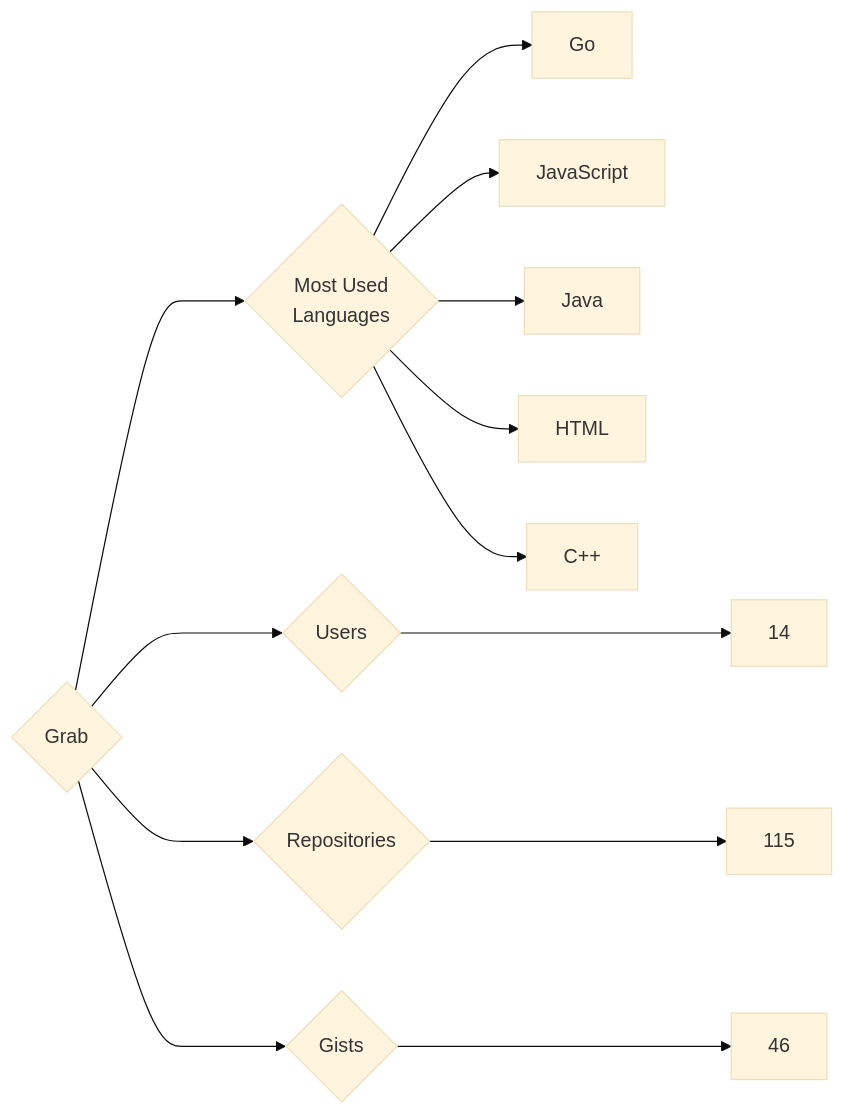
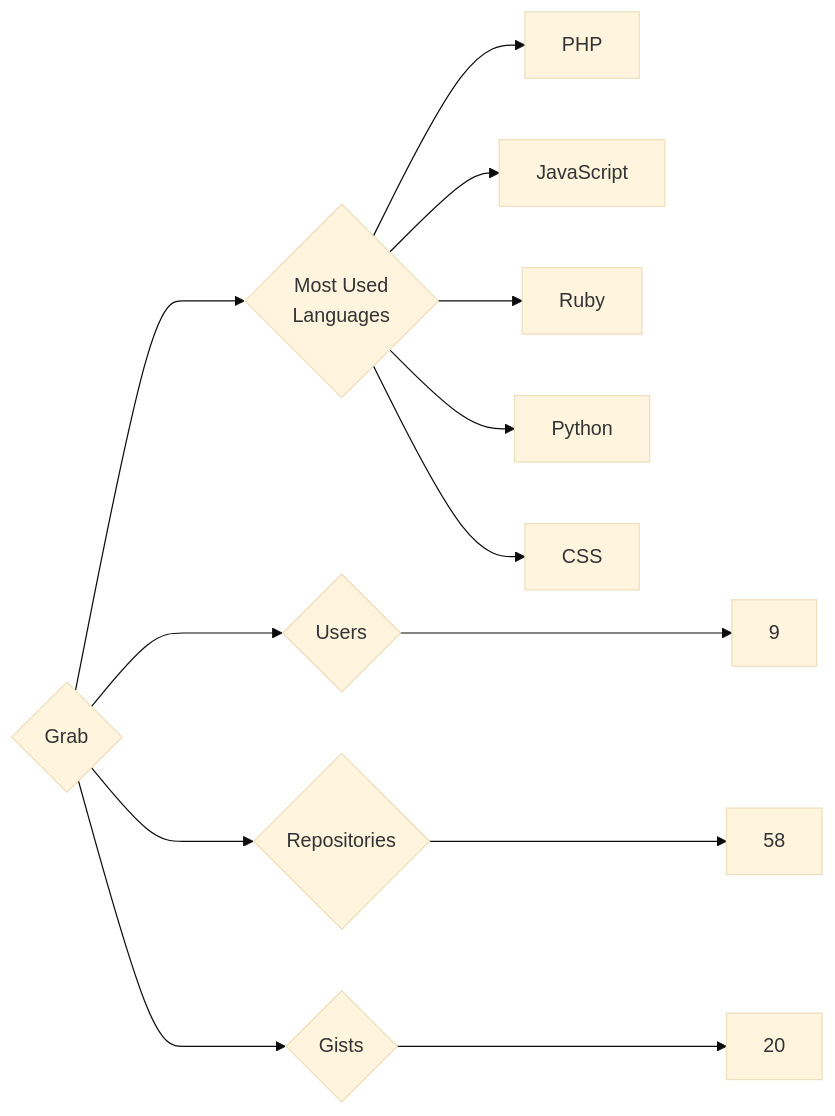
One commit to trickest/insiders changed the diagram in targets/Grab/README.md. Above: the diagram before and after it, drawn with Mermaid (base theme). The commit also changed 837 other files, not shown here.

````diff
--- a/targets/Grab/README.md
+++ b/targets/Grab/README.md
@@ -3,13 +3,13 @@
 ```mermaid
 graph LR
 COMPANY_NAME{Grab}
-COMPANY_NAME ---> U{Users} ---> UN[14]
-COMPANY_NAME ---> R{Repositories} ---> RN[115]
-COMPANY_NAME ---> G{Gists} ---> GN[46]
+COMPANY_NAME ---> U{Users} ---> UN[9]
+COMPANY_NAME ---> R{Repositories} ---> RN[58]
+COMPANY_NAME ---> G{Gists} ---> GN[20]
 COMPANY_NAME ---> ML{Most Used<br>Languages}
-ML --> Go[Go]
+ML --> PHP[PHP]
 ML --> JavaScript[JavaScript]
-ML --> Java[Java]
-ML --> HTML[HTML]
-ML --> C++[C++]
+ML --> Ruby[Ruby]
+ML --> Python[Python]
+ML --> CSS[CSS]
 ```
````
